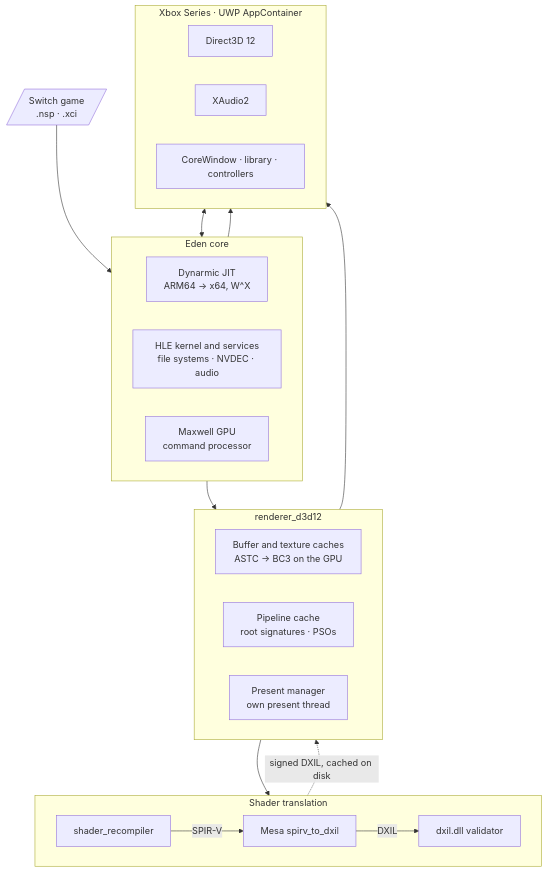
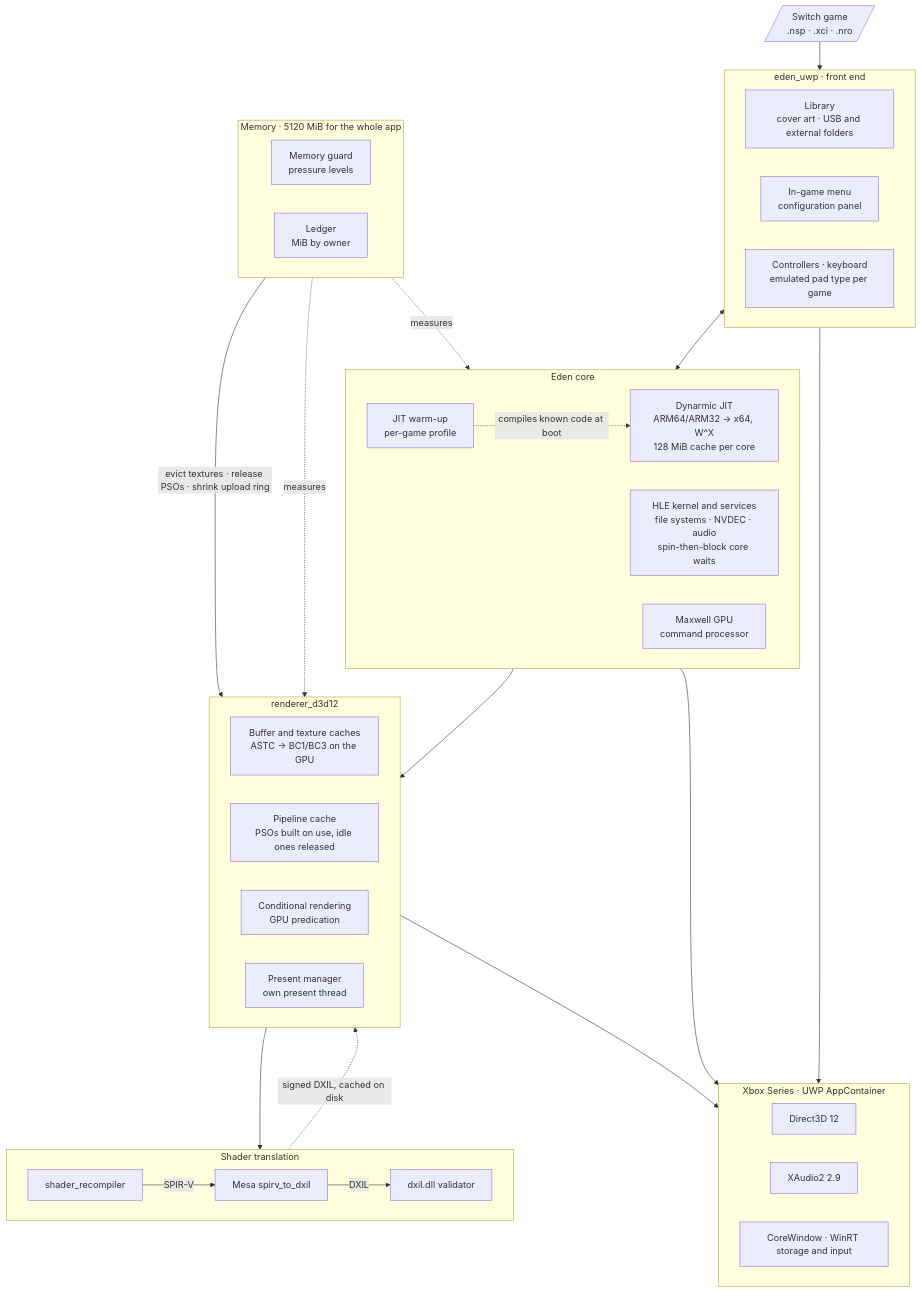
One commit to JulianDr14/eden-xbox changed the diagram in README.md. Above: the diagram before and after it, drawn with Mermaid. The commit also changed other lines of this file and 5 other files, not shown here.

First line of the commit message:
docs: console screenshots and an up-to-date architecture in the README

````diff
--- a/README.md
+++ b/README.md
@@ -68,38 +190,58 @@
 ```mermaid
 flowchart TB
-    rom[/"Switch game<br/>.nsp · .xci"/]
+    rom[/"Switch game<br/>.nsp · .xci · .nro"/]
+
+    subgraph front["eden_uwp · front end"]
+        direction LR
+        lib["Library<br/>cover art · USB and external folders"]
+        menu["In-game menu<br/>configuration panel"]
+        input["Controllers · keyboard<br/>emulated pad type per game"]
+    end
 
     subgraph core["Eden core"]
         direction LR
-        cpu["Dynarmic JIT<br/>ARM64 → x64, W^X"]
-        hle["HLE kernel and services<br/>file systems · NVDEC · audio"]
+        cpu["Dynarmic JIT<br/>ARM64/ARM32 → x64, W^X<br/>128 MiB cache per core"]
+        warm["JIT warm-up<br/>per-game profile"]
+        hle["HLE kernel and services<br/>file systems · NVDEC · audio<br/>spin-then-block core waits"]
         gpu["Maxwell GPU<br/>command processor"]
     end
 
     subgraph d3d["renderer_d3d12"]
         direction LR
-        caches["Buffer and texture caches<br/>ASTC → BC3 on the GPU"]
-        pipes["Pipeline cache<br/>root signatures · PSOs"]
+        caches["Buffer and texture caches<br/>ASTC → BC1/BC3 on the GPU"]
+        pipes["Pipeline cache<br/>PSOs built on use, idle ones released"]
+        pred["Conditional rendering<br/>GPU predication"]
         present["Present manager<br/>own present thread"]
     end
 
     subgraph shaders["Shader translation"]
         direction LR
         rec["shader_recompiler"] -- SPIR-V --> s2d["Mesa spirv_to_dxil"] -- DXIL --> sign["dxil.dll validator"]
     end
 
+    subgraph mem["Memory · 5120 MiB for the whole app"]
+        direction LR
+        guard["Memory guard<br/>pressure levels"]
+        ledger["Ledger<br/>MiB by owner"]
+    end
+
     subgraph host["Xbox Series · UWP AppContainer"]
         direction LR
         dx["Direct3D 12"]
-        xa["XAudio2"]
-        ui["CoreWindow · library · controllers"]
+        xa["XAudio2 2.9"]
+        win["CoreWindow · WinRT storage and input"]
     end
 
-    rom --> core
+    rom --> lib
+    front <--> core
+    warm -. "compiles known code at boot" .-> cpu
     gpu --> d3d
     pipes --> shaders
     sign -. "signed DXIL, cached on disk" .-> pipes
+    guard -- "evict textures · release PSOs · shrink upload ring" --> d3d
+    ledger -. "measures" .-> d3d
+    ledger -. "measures" .-> core
     d3d --> dx
     hle --> xa
-    ui <--> core
+    front --> win
 ```
````
